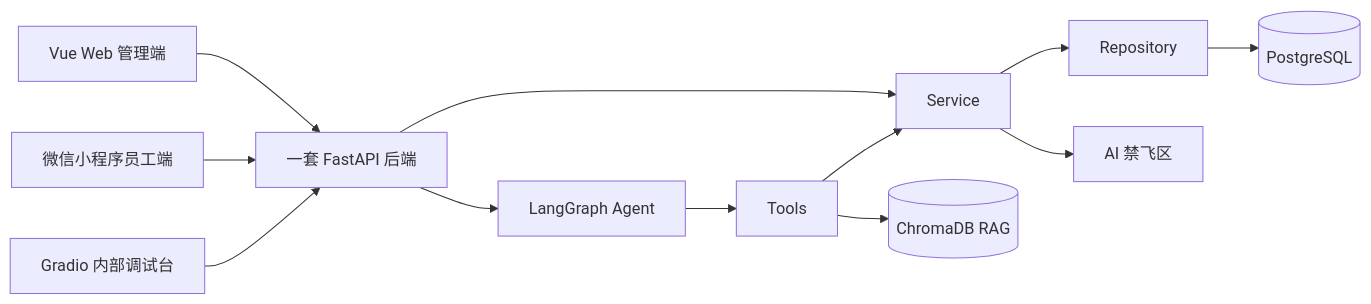
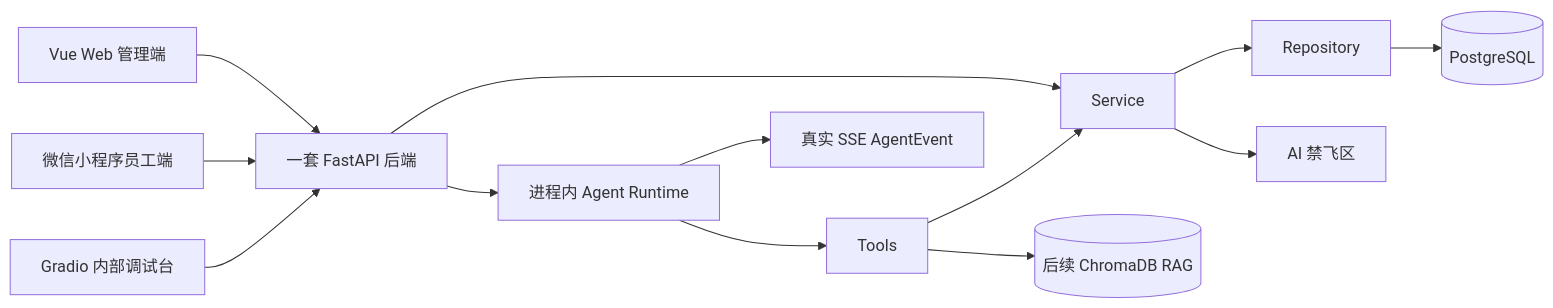
Before and after one commit to shmzl1/workspace-core: the diagram in README.md, drawn with Mermaid. The commit also changed other lines of this file and 44 other files, not shown here.

````diff
--- a/README.md
+++ b/README.md
@@ -64,26 +65,27 @@
 ```mermaid
 flowchart LR
     Web[Vue Web 管理端]
     Mini[微信小程序员工端]
     Gradio[Gradio 内部调试台]
     API[一套 FastAPI 后端]
     Service[Service]
     Repo[Repository]
     DB[(PostgreSQL)]
-    Agent[LangGraph Agent]
+    Agent[进程内 Agent Runtime]
     Tool[Tools]
-    RAG[(ChromaDB RAG)]
+    RAG[(后续 ChromaDB RAG)]
     Human[AI 禁飞区]
 
     Web --> API
     Mini --> API
     Gradio --> API
     API --> Service
     Service --> Repo
     Repo --> DB
     API --> Agent
+    Agent --> SSE[真实 SSE AgentEvent]
     Agent --> Tool
     Tool --> Service
     Tool --> RAG
     Service --> Human
 ```
````
